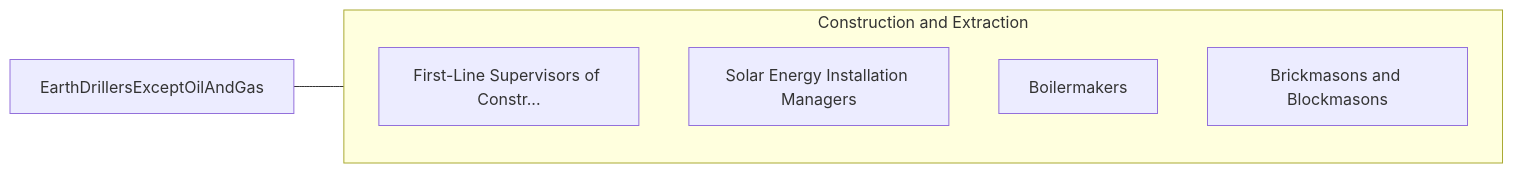
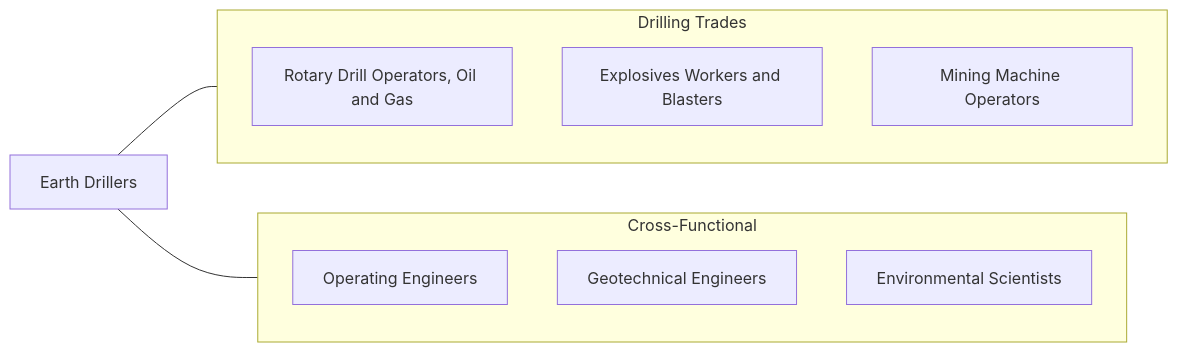
The fourth of 4 diagrams in occupations/Construction/EarthDrillersExceptOilAndGas.mdx (kziemski/business.org.ai), drawn with Mermaid before and after one commit. The commit also changed other lines of this file and 938 other files, not shown here.

````diff
--- a/occupations/Construction/EarthDrillersExceptOilAndGas.mdx
+++ b/occupations/Construction/EarthDrillersExceptOilAndGas.mdx
@@ -120,13 +221,19 @@
 ```mermaid
 graph LR
-    Current["EarthDrillersExceptOilAndGas"]
+    Current["Earth Drillers"]
 
-    subgraph SameCategory["Construction and Extraction"]
-        FirstLineSupervisors["First-Line Supervisors of Constr..."]
-        SolarEnergyInstallat["Solar Energy Installation Managers"]
-        Boilermakers["Boilermakers"]
-        BrickmasonsAndBlockm["Brickmasons and Blockmasons"]
+    subgraph SameCategory["Drilling Trades"]
+        RotaryOG["Rotary Drill Operators, Oil and Gas"]
+        Blasters["Explosives Workers and Blasters"]
+        Mining["Mining Machine Operators"]
+    end
+
+    subgraph CrossFunctional["Cross-Functional"]
+        OpEng["Operating Engineers"]
+        Geotech["Geotechnical Engineers"]
+        Environ["Environmental Scientists"]
     end
 
     Current --- SameCategory
+    Current --- CrossFunctional
 ```
````
